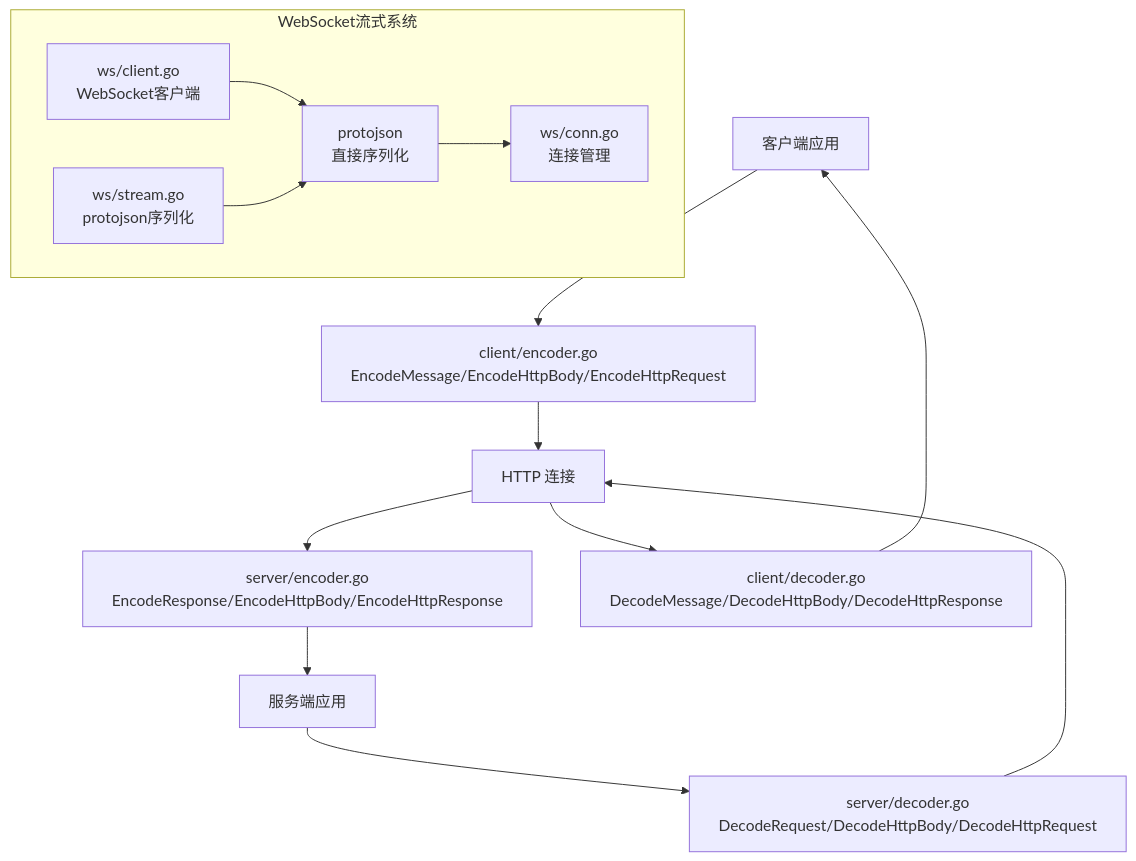
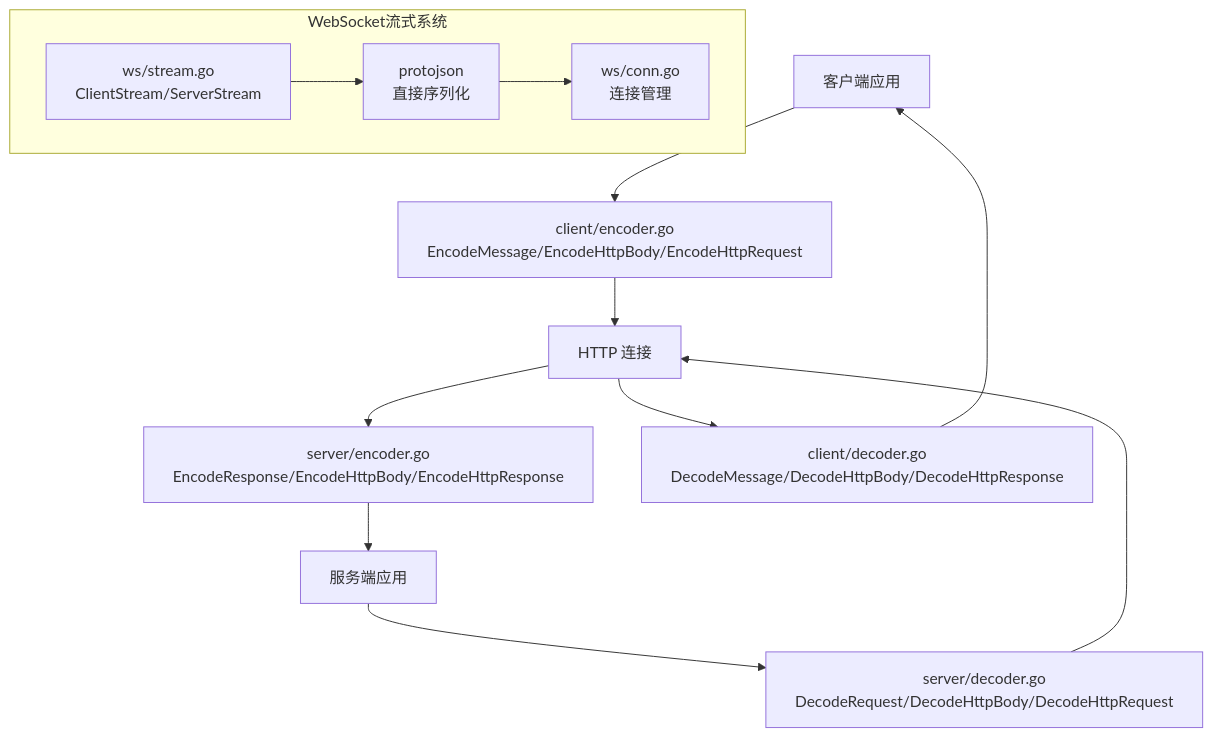
Before and after one commit to soyacen/goose: the second of 11 diagrams in .agents/repowiki/zh/content/HTTP 服务器框架/编解码器系统.md, drawn with Mermaid. The commit also changed other lines of this file and 4 other files, not shown here.

````diff
--- a/.agents/repowiki/zh/content/HTTP 服务器框架/编解码器系统.md
+++ b/.agents/repowiki/zh/content/HTTP 服务器框架/编解码器系统.md
@@ -178,20 +176,18 @@
 ```mermaid
 graph TB
 Client["客户端应用"] --> CE["client/encoder.go<br/>EncodeMessage/EncodeHttpBody/EncodeHttpRequest"]
 CE --> Net["HTTP 连接"]
 Net --> SE["server/encoder.go<br/>EncodeResponse/EncodeHttpBody/EncodeHttpResponse"]
 SE --> Server["服务端应用"]
 Server --> SD["server/decoder.go<br/>DecodeRequest/DecodeHttpBody/DecodeHttpRequest"]
 SD --> Net
 Net --> CD["client/decoder.go<br/>DecodeMessage/DecodeHttpBody/DecodeHttpResponse"]
 CD --> Client
 subgraph "WebSocket流式系统"
-WS_Client["ws/client.go<br/>WebSocket客户端"]
-WS_Stream["ws/stream.go<br/>protojson序列化"]
+WS_Stream["ws/stream.go<br/>ClientStream/ServerStream"]
 WS_Conn["ws/conn.go<br/>连接管理"]
 ProtoJSON["protojson<br/>直接序列化"]
-WS_Client --> ProtoJSON
 WS_Stream --> ProtoJSON
 ProtoJSON --> WS_Conn
 end
 ```
````
